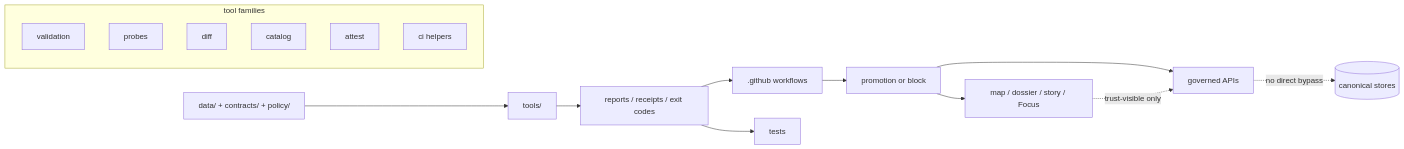
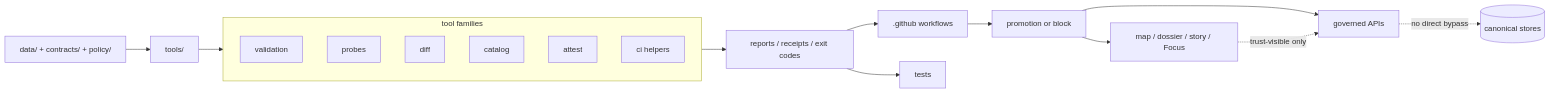
One commit to bartytime4life/Kansas-Frontier-Matrix changed the diagram in tools/README.md. Above: the diagram before and after it, drawn with Mermaid. The commit also changed other lines of this file, not shown here.

````diff
--- a/tools/README.md
+++ b/tools/README.md
@@ -236,23 +239,25 @@
 ```mermaid
 flowchart LR
     A[data/ + contracts/ + policy/] --> B[tools/]
 
     subgraph TF[tool families]
       V[validation]
       P[probes]
       D[diff]
       C[catalog]
-      A2[attest]
+      AT[attest]
       CI[ci helpers]
     end
 
-    B --> R[reports / receipts / exit codes]
+    B --> TF
+    TF --> R[reports / receipts / exit codes]
     R --> G[.github workflows]
     R --> T[tests]
+
     G --> M[promotion or block]
     M --> API[governed APIs]
     M --> UI[map / dossier / story / Focus]
 
     API -. no direct bypass .-> DATA[(canonical stores)]
     UI -. trust-visible only .-> API
 ```
````
